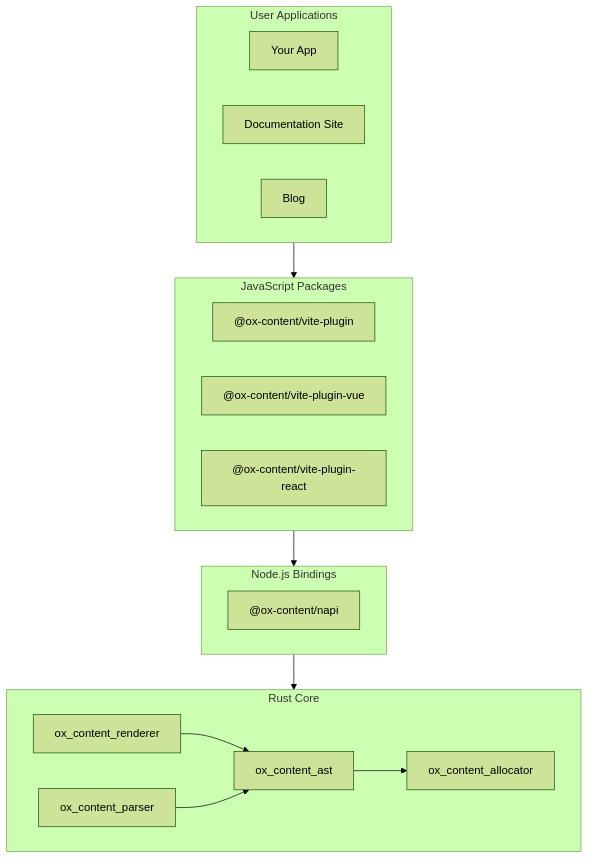
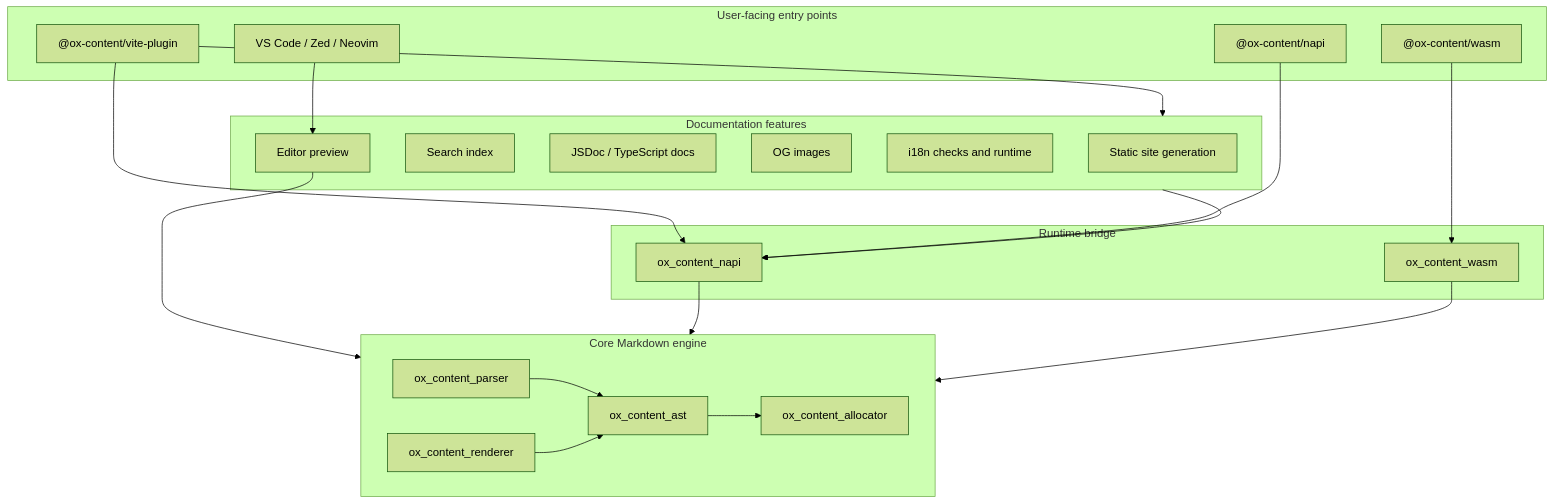
Before and after one commit to ubugeeei-prod/ox-content: the first of 4 diagrams in docs/content/architecture.md, drawn with Mermaid (forest theme). The commit also changed other lines of this file and 4 other files, not shown here.

Commit message:
docs: update architecture overview

````diff
--- a/docs/content/architecture.md
+++ b/docs/content/architecture.md
@@ -9,32 +22,43 @@
 ```mermaid
-graph TB
-    subgraph UserApps["User Applications"]
-        App[Your App]
-        DocSite[Documentation Site]
-        Blog[Blog]
+flowchart TB
+    subgraph Apps["User-facing entry points"]
+        Vite["@ox-content/vite-plugin"]
+        Napi["@ox-content/napi"]
+        Wasm["@ox-content/wasm"]
+        Editors["VS Code / Zed / Neovim"]
     end
 
-    subgraph JSPackages["JavaScript Packages"]
-        VitePlugin["@ox-content/vite-plugin"]
-        ViteVue["@ox-content/vite-plugin-vue"]
-        ViteReact["@ox-content/vite-plugin-react"]
+    subgraph Features["Documentation features"]
+        SSG["Static site generation"]
+        Search["Search index"]
+        SourceDocs["JSDoc / TypeScript docs"]
+        OG["OG images"]
+        I18n["i18n checks and runtime"]
+        Preview["Editor preview"]
     end
 
-    subgraph NAPI["Node.js Bindings"]
-        NAPIPackage["@ox-content/napi"]
+    subgraph Bridge["Runtime bridge"]
+        NAPI["ox_content_napi"]
+        WASMBinding["ox_content_wasm"]
     end
 
-    subgraph RustCore["Rust Core"]
-        Renderer[ox_content_renderer]
-        Parser[ox_content_parser]
-        AST[ox_content_ast]
-        Allocator[ox_content_allocator]
+    subgraph Core["Core Markdown engine"]
+        Parser["ox_content_parser"]
+        Renderer["ox_content_renderer"]
+        AST["ox_content_ast"]
+        Allocator["ox_content_allocator"]
     end
 
-    UserApps --> JSPackages
-    JSPackages --> NAPI
-    NAPI --> RustCore
+    Vite --> Features
+    Vite --> NAPI
+    Napi --> NAPI
+    Wasm --> WASMBinding
+    Editors --> Preview
+    Preview --> Core
+    Features --> NAPI
+    NAPI --> Core
+    WASMBinding --> Core
+    Parser --> AST
     Renderer --> AST
-    Parser --> AST
     AST --> Allocator
 ```
````
